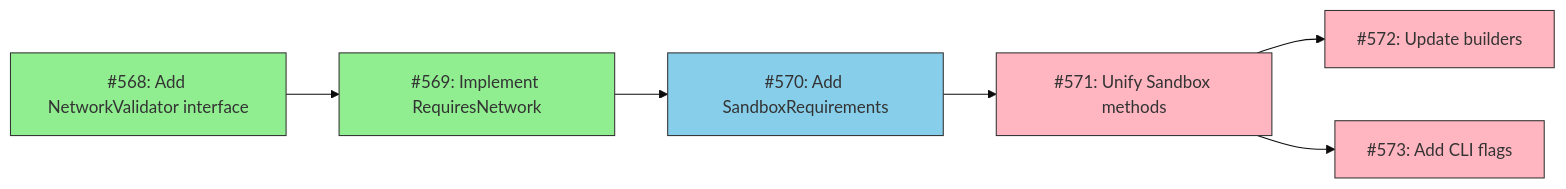
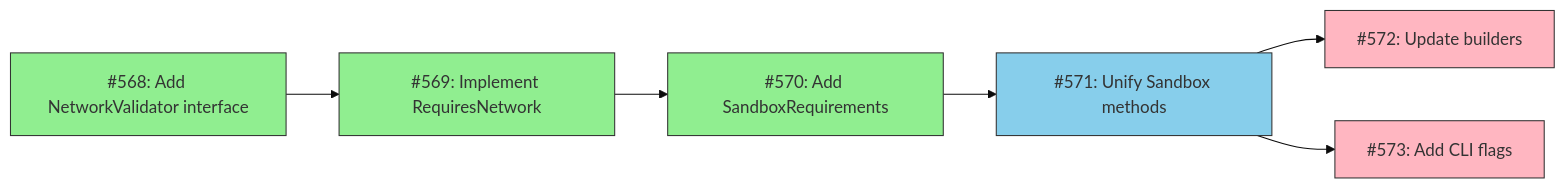
One commit to tsukumogami/tsuku changed the diagram in docs/DESIGN-install-sandbox.md. Above: the diagram before and after it, drawn with Mermaid (base theme). The commit also changed 2 other files, not shown here.

Commit message:
feat(sandbox): add SandboxRequirements computation (#585)
## Summary

- Add `internal/sandbox/` package with `SandboxRequirements` struct
- Implement `ComputeSandboxRequirements()` function to derive container
configuration from installation plans
- Query actions' `RequiresNetwork()` method to determine network access
needs
- Select appropriate container image and resource limits based on plan
complexity

## Changes

The `ComputeSandboxRequirements()` function:
- Iterates plan steps and queries `NetworkValidator` interface on each
action
- Aggregates network requirements (any true = plan needs network)
- Selects `debian:bookworm-slim` for offline plans, `ubuntu:22.04` for
network/build
- Applies `DefaultLimits()` (2g/2cpu) or `SourceBuildLimits()` (4g/4cpu)
based on complexity

Fixes #570

````diff
--- a/docs/DESIGN-install-sandbox.md
+++ b/docs/DESIGN-install-sandbox.md
@@ -22,12 +22,12 @@
 ```mermaid
 graph LR
     classDef done fill:#90EE90,stroke:#333
     classDef ready fill:#87CEEB,stroke:#333
     classDef blocked fill:#FFB6C1,stroke:#333
 
     I568[#568: Add NetworkValidator interface]:::done --> I569[#569: Implement RequiresNetwork]:::done
-    I569 --> I570[#570: Add SandboxRequirements]:::ready
-    I570 --> I571[#571: Unify Sandbox methods]:::blocked
+    I569 --> I570[#570: Add SandboxRequirements]:::done
+    I570 --> I571[#571: Unify Sandbox methods]:::ready
     I571 --> I572[#572: Update builders]:::blocked
     I571 --> I573[#573: Add CLI flags]:::blocked
 ```
````
